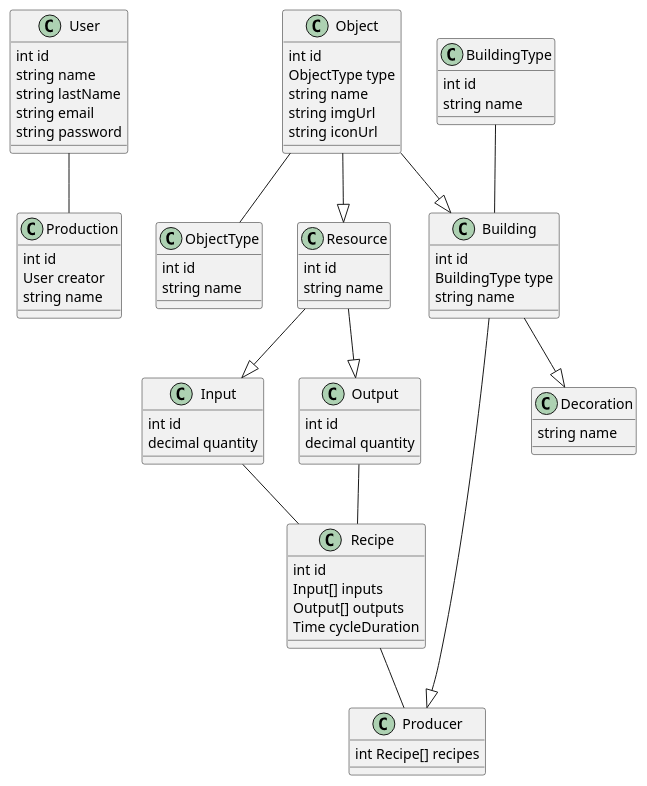
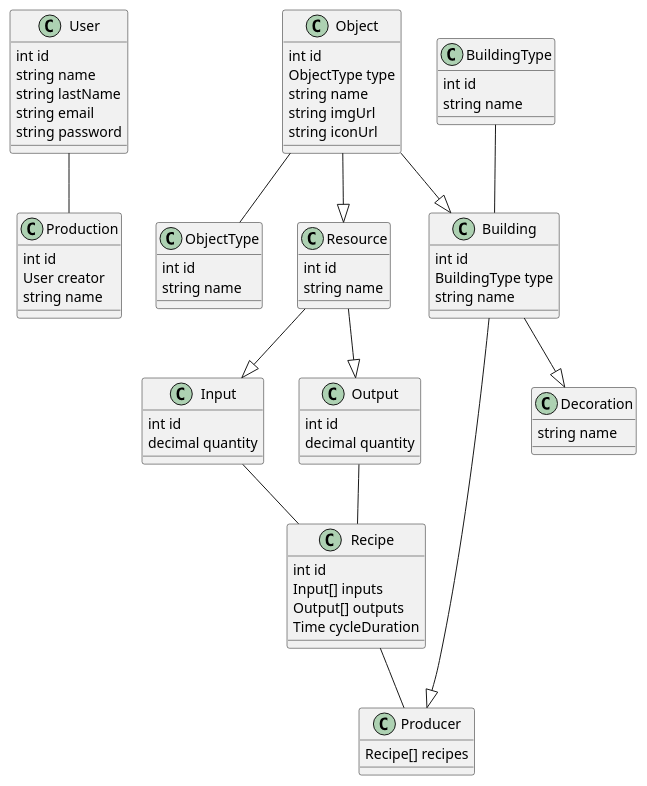
One commit to SatisfactoTools/SatisfactoTools changed the diagram in Documentation/UML/PUML/UML.puml. Above: the diagram before and after it, drawn with PlantUML.

Commit message:
minor corrections

```diff
--- a/Documentation/UML/PUML/UML.puml
+++ b/Documentation/UML/PUML/UML.puml
@@ -1,92 +1,92 @@
 @startuml SatisfactoTools
 
 	class User{
 		int id
 		string name
 		string lastName
 		string email
 		string password
 	}
 
 	class Production{
 		int id
 		User creator
 		string name
 	}
 
 	User -- Production
 
 	class ObjectType{
 		int id 
 		string name
 	}
 
 	class Object{
 		int id
 		ObjectType type
 		string name
 		string imgUrl
 		string iconUrl
 	}
 
 	Object -- ObjectType
 
 	class Resource{
 		int id
 		string name
 	}
 
 	Object --|> Resource
 
 	class Input{
 		int id
 		decimal quantity
 	}
 
 	Resource --|> Input
 
 	class Output{
 		int id
 		decimal quantity
 	}
 
 	Resource --|> Output
 
 	BuildingType -- Building
 	Object --|> Building
 
 	class Recipe{
 		int id
 		Input[] inputs
 		Output[] outputs
 		Time cycleDuration
 	}
 
 	Input -- Recipe
 	Output -- Recipe
 
 	class BuildingType{
 		int id
 		string name
 	}
 
 	class Building{
 		int id
 		BuildingType type
 		string name
 	}
 
 	class Producer{
-		int Recipe[] recipes
+		Recipe[] recipes
 	}
 
 	Building --|> Producer
 	Recipe -- Producer
 
 	class Decoration{
 		string name
 	}
 
 	Building --|> Decoration
 
 @enduml
```
